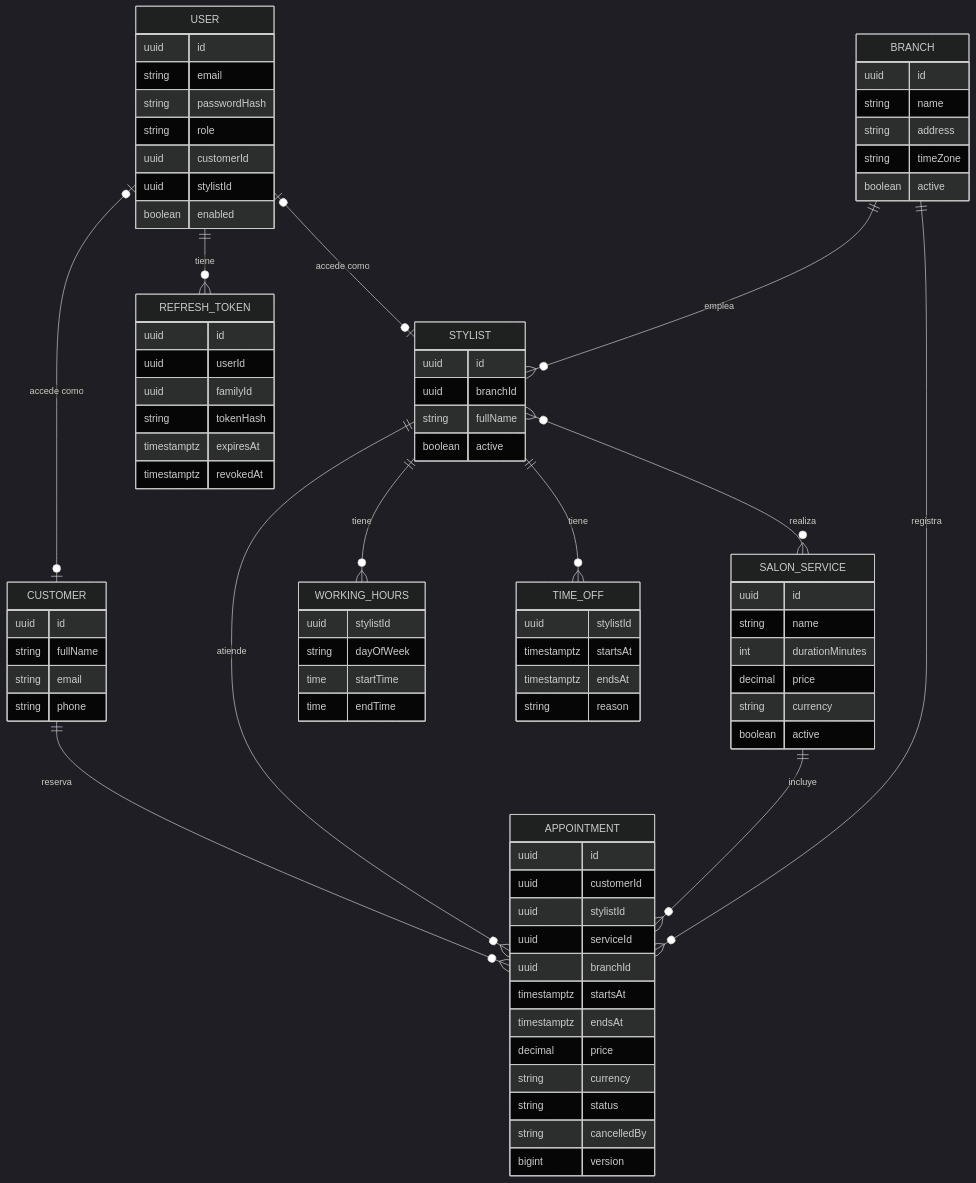
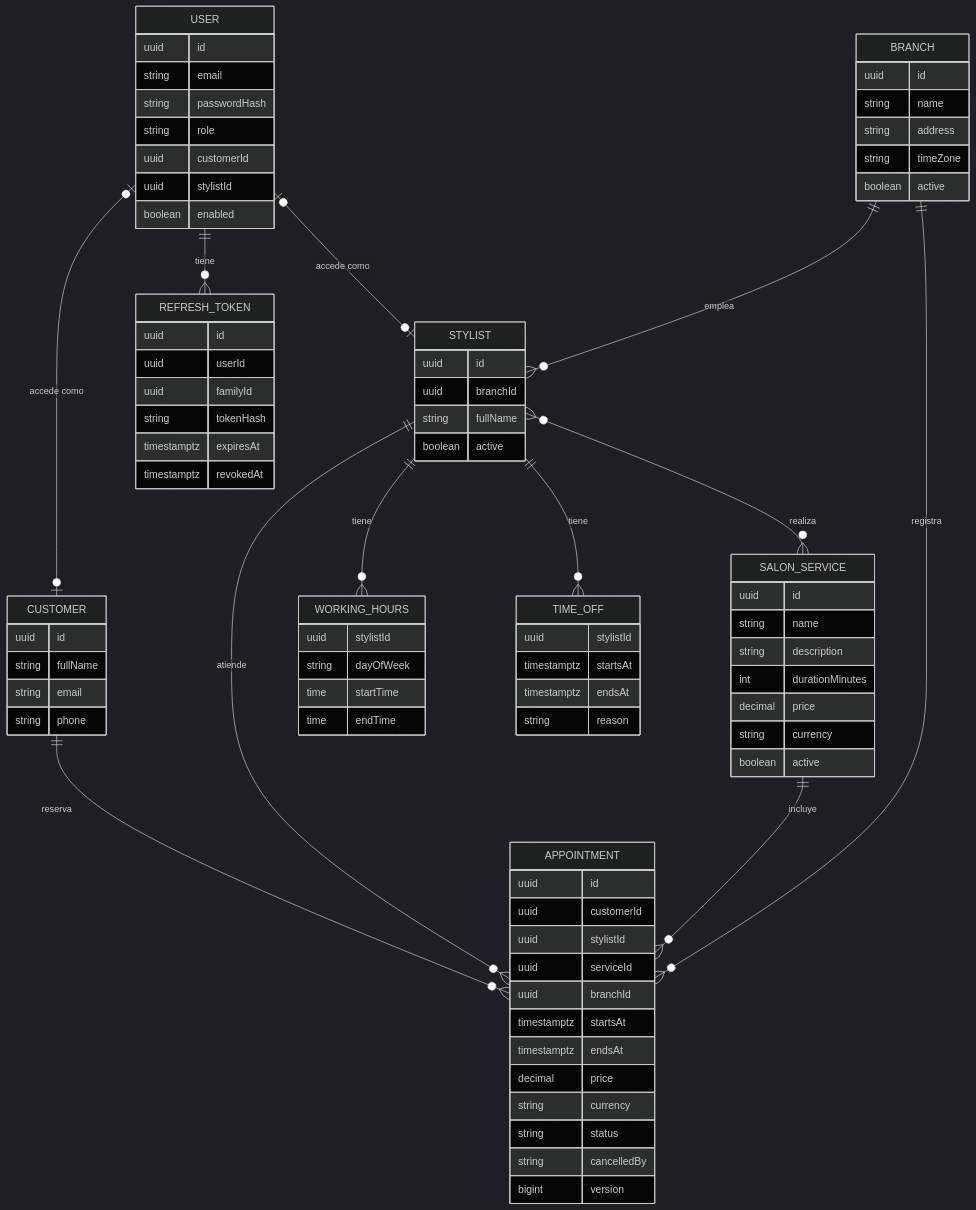
The first of 2 diagrams in docs/architecture/domain-model.md (kevinjdk/ozin), drawn with Mermaid (dark theme) before and after one commit. The commit also changed other lines of this file and 2 other files, not shown here.

Commit message:
docs: update business rules and user stories for the new booking flow

````diff
--- a/docs/architecture/domain-model.md
+++ b/docs/architecture/domain-model.md
@@ -19,24 +19,24 @@
 ```mermaid
 erDiagram
     USER |o--o| CUSTOMER : "accede como"
     USER |o--o| STYLIST : "accede como"
     USER ||--o{ REFRESH_TOKEN : "tiene"
     BRANCH ||--o{ STYLIST : "emplea"
     STYLIST }o--o{ SALON_SERVICE : "realiza"
     STYLIST ||--o{ WORKING_HOURS : "tiene"
     STYLIST ||--o{ TIME_OFF : "tiene"
     CUSTOMER ||--o{ APPOINTMENT : "reserva"
     STYLIST ||--o{ APPOINTMENT : "atiende"
     SALON_SERVICE ||--o{ APPOINTMENT : "incluye"
     BRANCH ||--o{ APPOINTMENT : "registra"
 
     USER { uuid id string email string passwordHash string role uuid customerId uuid stylistId boolean enabled }
     REFRESH_TOKEN { uuid id uuid userId uuid familyId string tokenHash timestamptz expiresAt timestamptz revokedAt }
     BRANCH { uuid id string name string address string timeZone boolean active }
     CUSTOMER { uuid id string fullName string email string phone }
     STYLIST { uuid id uuid branchId string fullName boolean active }
-    SALON_SERVICE { uuid id string name int durationMinutes decimal price string currency boolean active }
+    SALON_SERVICE { uuid id string name string description int durationMinutes decimal price string currency boolean active }
     WORKING_HOURS { uuid stylistId string dayOfWeek time startTime time endTime }
     TIME_OFF { uuid stylistId timestamptz startsAt timestamptz endsAt string reason }
     APPOINTMENT { uuid id uuid customerId uuid stylistId uuid serviceId uuid branchId timestamptz startsAt timestamptz endsAt decimal price string currency string status string cancelledBy bigint version }
 ```
````
